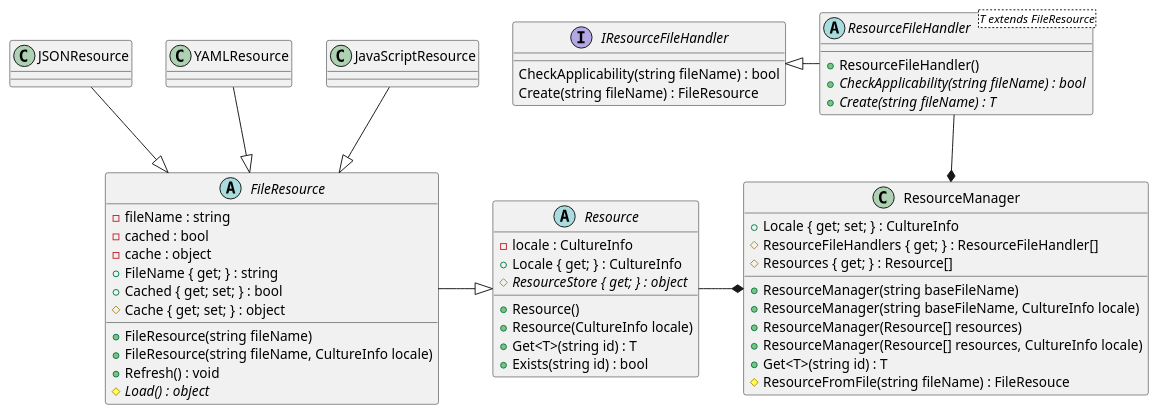
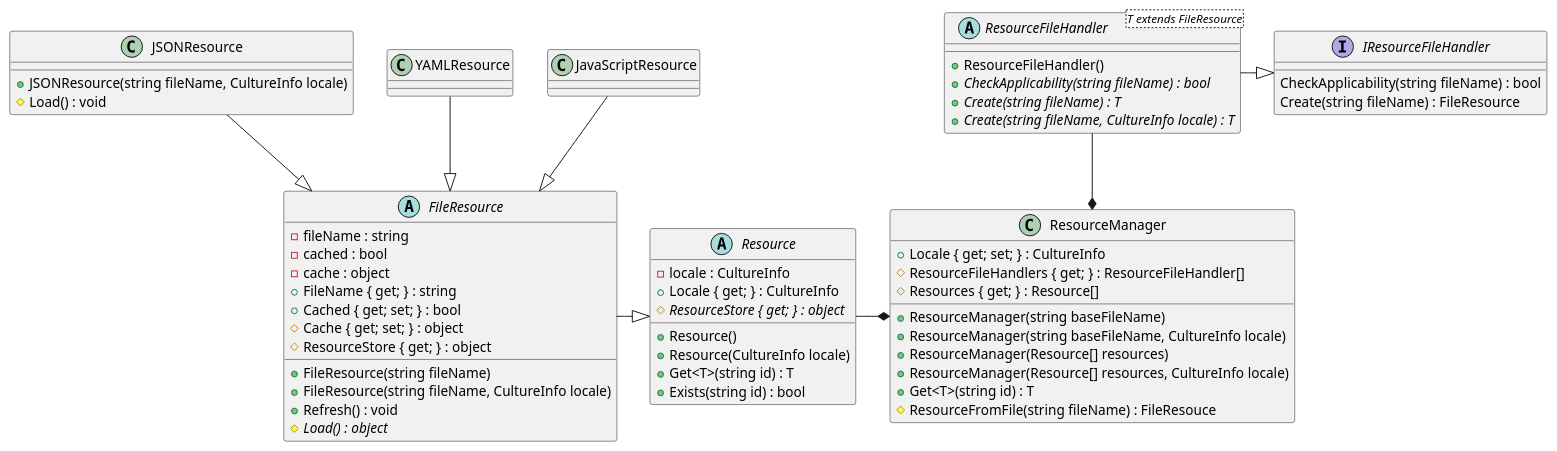
The diagram in docs/ClassDiagram.wsd (manuth/ResourceManager.js), drawn with PlantUML before and after one commit.

Commit message:
Beautify the class-diagram

```diff
--- a/docs/ClassDiagram.wsd
+++ b/docs/ClassDiagram.wsd
@@ -1,72 +1,82 @@
 @startuml ResourceManager.js
 interface IResourceFileHandler
 {
     CheckApplicability(string fileName) : bool
     Create(string fileName) : FileResource
 }
 
+
+ResourceFileHandler -|> IResourceFileHandler
+
 abstract class ResourceFileHandler<T extends FileResource>
 {
     + ResourceFileHandler()
     + {abstract} CheckApplicability(string fileName) : bool
     + {abstract} Create(string fileName) : T
+    + {abstract} Create(string fileName, CultureInfo locale) : T
 }
 
 abstract class Resource
 {
     - locale : CultureInfo
     + Resource()
     + Resource(CultureInfo locale)
     + Locale { get; } : CultureInfo
     # {abstract} ResourceStore { get; } : object
     + Get<T>(string id) : T
     + Exists(string id) : bool
 }
+
+Resource -* ResourceManager
+ResourceFileHandler --* ResourceManager
 
 class ResourceManager
 {
     + ResourceManager(string baseFileName)
     + ResourceManager(string baseFileName, CultureInfo locale)
     + ResourceManager(Resource[] resources)
     + ResourceManager(Resource[] resources, CultureInfo locale)
     + Locale { get; set; } : CultureInfo
     # ResourceFileHandlers { get; } : ResourceFileHandler[]
     # Resources { get; } : Resource[]
     + Get<T>(string id) : T
     # ResourceFromFile(string fileName) : FileResouce
 }
 
+FileResource -|> Resource
+
 abstract class FileResource
 {
     - fileName : string
     - cached : bool
     - cache : object
     + FileResource(string fileName)
     + FileResource(string fileName, CultureInfo locale)
     + FileName { get; } : string
     + Cached { get; set; } : bool
     # Cache { get; set; } : object
+    # ResourceStore { get; } : object
     + Refresh() : void
     # {abstract} Load() : object
 }
 
+JSONResource --|> FileResource
+
 class JSONResource
 {
+    + JSONResource(string fileName, CultureInfo locale)
+    # Load() : void
 }
+
+YAMLResource --|> FileResource
 
 class YAMLResource
 {
 }
 
+JavaScriptResource --|> FileResource
+
 class JavaScriptResource
 {
 }
-
-JSONResource --|> FileResource
-YAMLResource --|> FileResource
-JavaScriptResource --|> FileResource
-FileResource -|> Resource
-Resource -* ResourceManager
-IResourceFileHandler <|- ResourceFileHandler
-ResourceFileHandler --* ResourceManager
 @enduml
```
